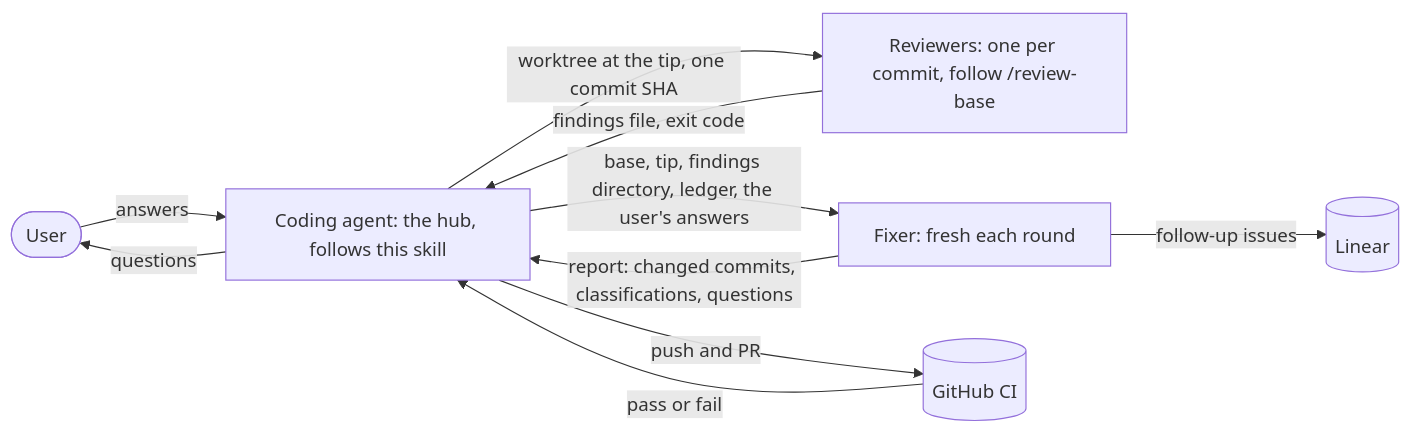
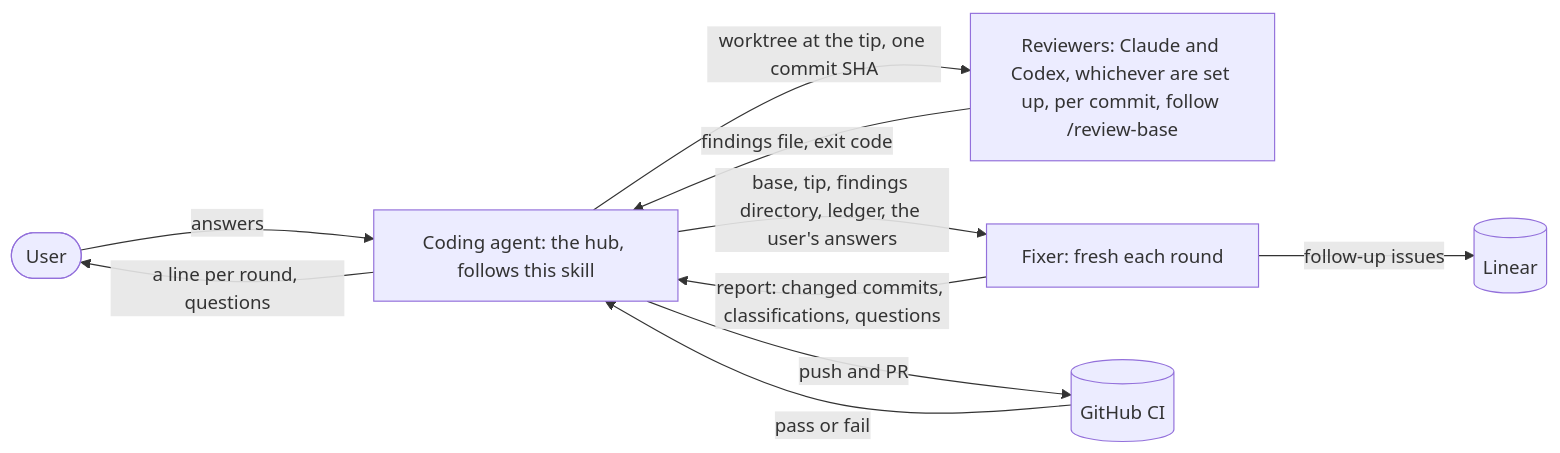
The second of 2 diagrams in agents/skills/review-loop/SKILL.md (worldalliance/alliance), drawn with Mermaid before and after one commit. The commit also changed other lines of this file and 32 other files, not shown here.

````diff
--- a/agents/skills/review-loop/SKILL.md
+++ b/agents/skills/review-loop/SKILL.md
@@ -49,18 +49,18 @@
 ```mermaid
 flowchart LR
   user(["User"])
   hub["Coding agent: the hub, follows this skill"]
-  reviewers["Reviewers: one per commit, follow /review-base"]
+  reviewers["Reviewers: Claude and Codex, whichever are set up, per commit, follow /review-base"]
   fixer["Fixer: fresh each round"]
   linear[("Linear")]
   ci[("GitHub CI")]
-  hub -->|"questions"| user
+  hub -->|"a line per round, questions"| user
   user -->|"answers"| hub
   hub -->|"worktree at the tip, one commit SHA"| reviewers
   reviewers -->|"findings file, exit code"| hub
   hub -->|"base, tip, findings directory, ledger, the user's answers"| fixer
   fixer -->|"report: changed commits, classifications, questions"| hub
   fixer -->|"follow-up issues"| linear
   hub -->|"push and PR"| ci
   ci -->|"pass or fail"| hub
 ```
````
